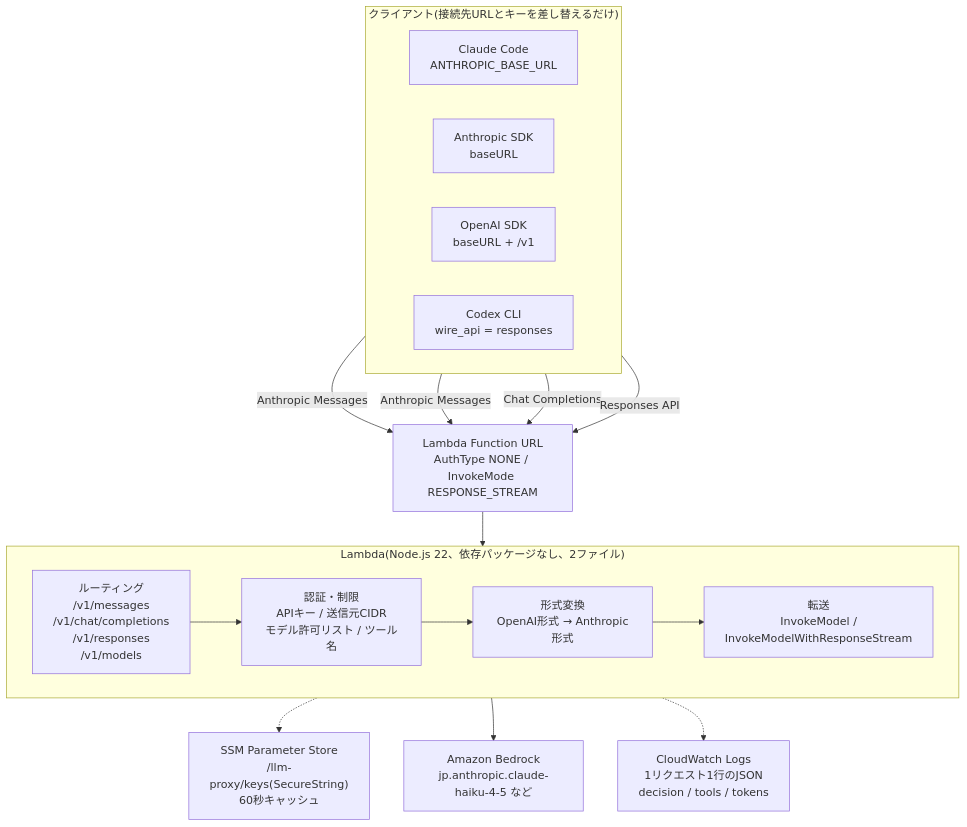
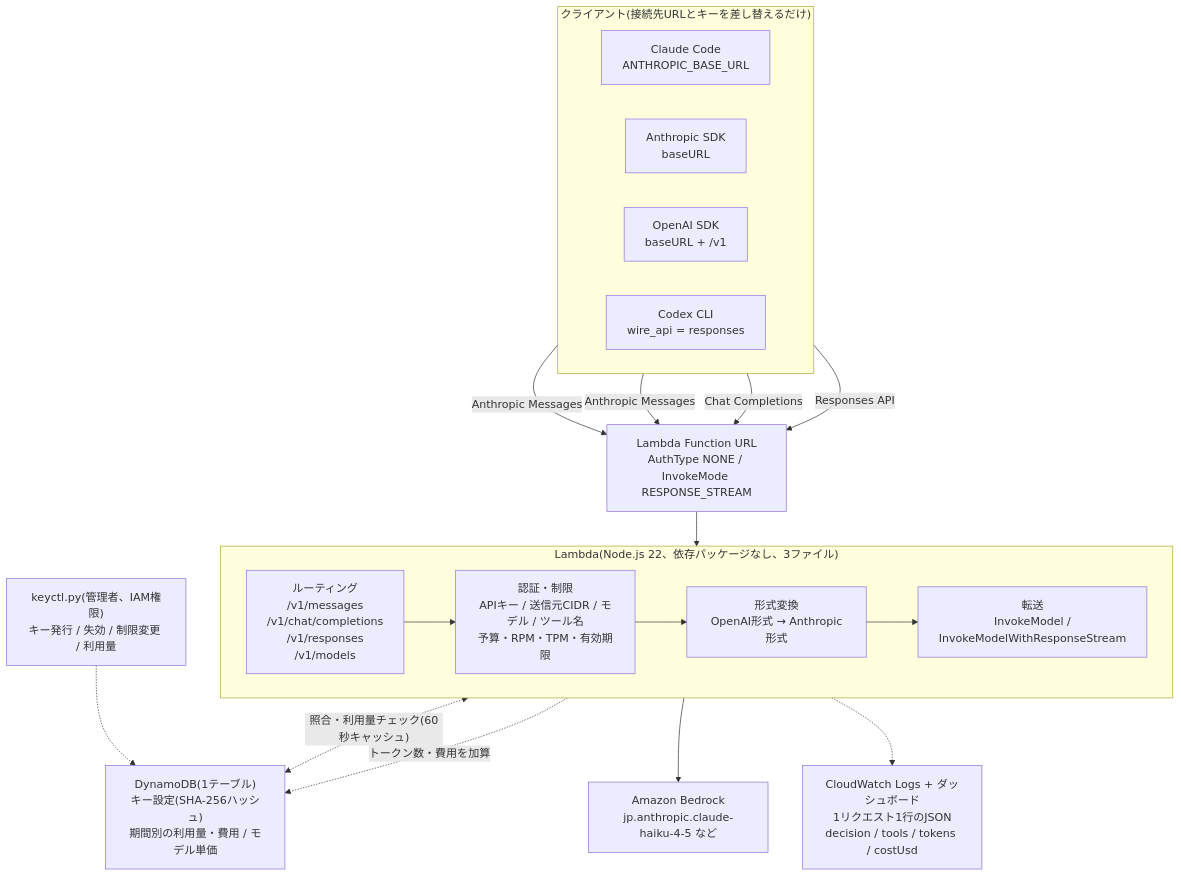
The diagram in docs/architecture.mmd (upgradeinc-c-m/simple-llm-proxy), drawn with Mermaid before and after one commit. The commit also changed 13 other files, not shown here.

First line of the commit message:
Add API key management and per-key usage limits (DynamoDB + keyctl.py)

```diff
--- a/docs/architecture.mmd
+++ b/docs/architecture.mmd
@@ -1,28 +1,31 @@
 flowchart TB
+    KC["keyctl.py(管理者、IAM権限)<br/>キー発行 / 失効 / 制限変更 / 利用量"]
     subgraph Clients["クライアント(接続先URLとキーを差し替えるだけ)"]
         direction LR
         CC["Claude Code<br/>ANTHROPIC_BASE_URL"]
         AS["Anthropic SDK<br/>baseURL"]
         OS["OpenAI SDK<br/>baseURL + /v1"]
         CX["Codex CLI<br/>wire_api = responses"]
     end
     URL["Lambda Function URL<br/>AuthType NONE / InvokeMode RESPONSE_STREAM"]
-    subgraph L["Lambda(Node.js 22、依存パッケージなし、2ファイル)"]
+    subgraph L["Lambda(Node.js 22、依存パッケージなし、3ファイル)"]
         direction LR
         R["ルーティング<br/>/v1/messages<br/>/v1/chat/completions<br/>/v1/responses<br/>/v1/models"]
-        A["認証・制限<br/>APIキー / 送信元CIDR<br/>モデル許可リスト / ツール名"]
+        A["認証・制限<br/>APIキー / 送信元CIDR / モデル / ツール名<br/>予算・RPM・TPM・有効期限"]
         T["形式変換<br/>OpenAI形式 → Anthropic形式"]
         F["転送<br/>InvokeModel /<br/>InvokeModelWithResponseStream"]
         R --> A --> T --> F
     end
-    SSM["SSM Parameter Store<br/>/llm-proxy/keys(SecureString)<br/>60秒キャッシュ"]
-    CW["CloudWatch Logs<br/>1リクエスト1行のJSON<br/>decision / tools / tokens"]
+    DDB["DynamoDB(1テーブル)<br/>キー設定(SHA-256ハッシュ)<br/>期間別の利用量・費用 / モデル単価"]
+    CW["CloudWatch Logs + ダッシュボード<br/>1リクエスト1行のJSON<br/>decision / tools / tokens / costUsd"]
     BR["Amazon Bedrock<br/>jp.anthropic.claude-haiku-4-5 など"]
     CC -->|"Anthropic Messages"| URL
     AS -->|"Anthropic Messages"| URL
     OS -->|"Chat Completions"| URL
     CX -->|"Responses API"| URL
     URL --> L
-    A -.-> SSM
+    KC -.-> DDB
+    A <-.->|"照合・利用量チェック(60秒キャッシュ)"| DDB
+    F -.->|"トークン数・費用を加算"| DDB
     F --> BR
     L -.-> CW
```
